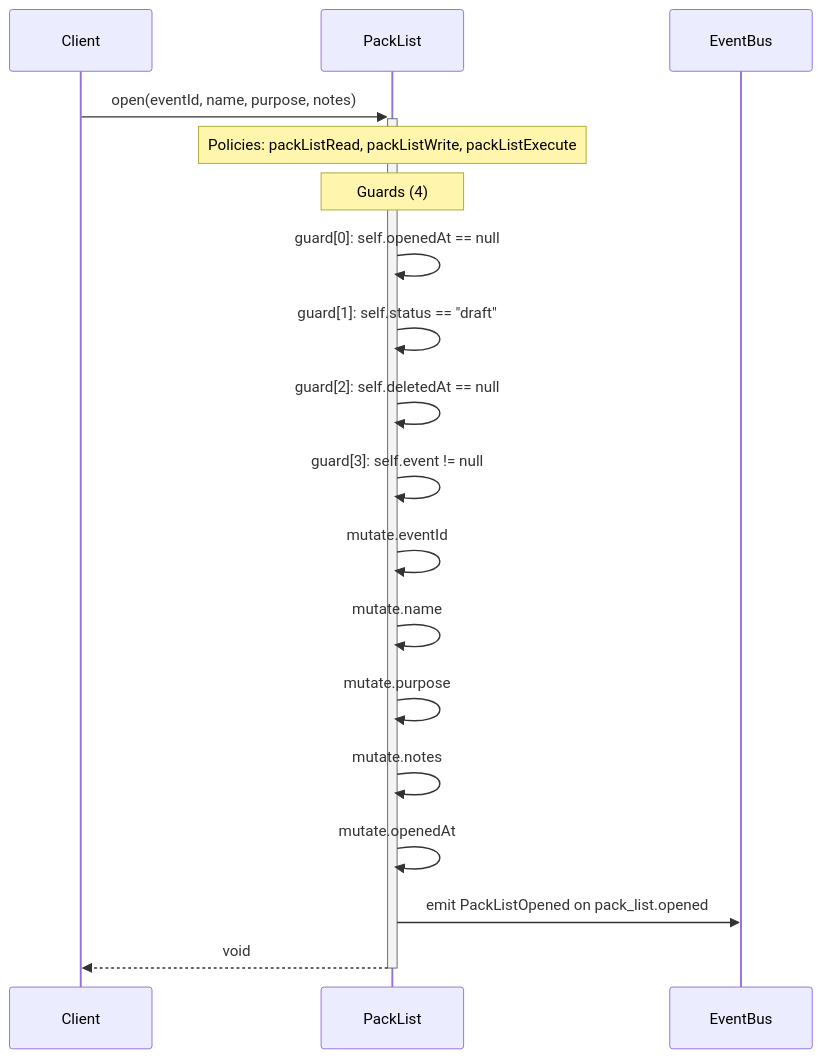
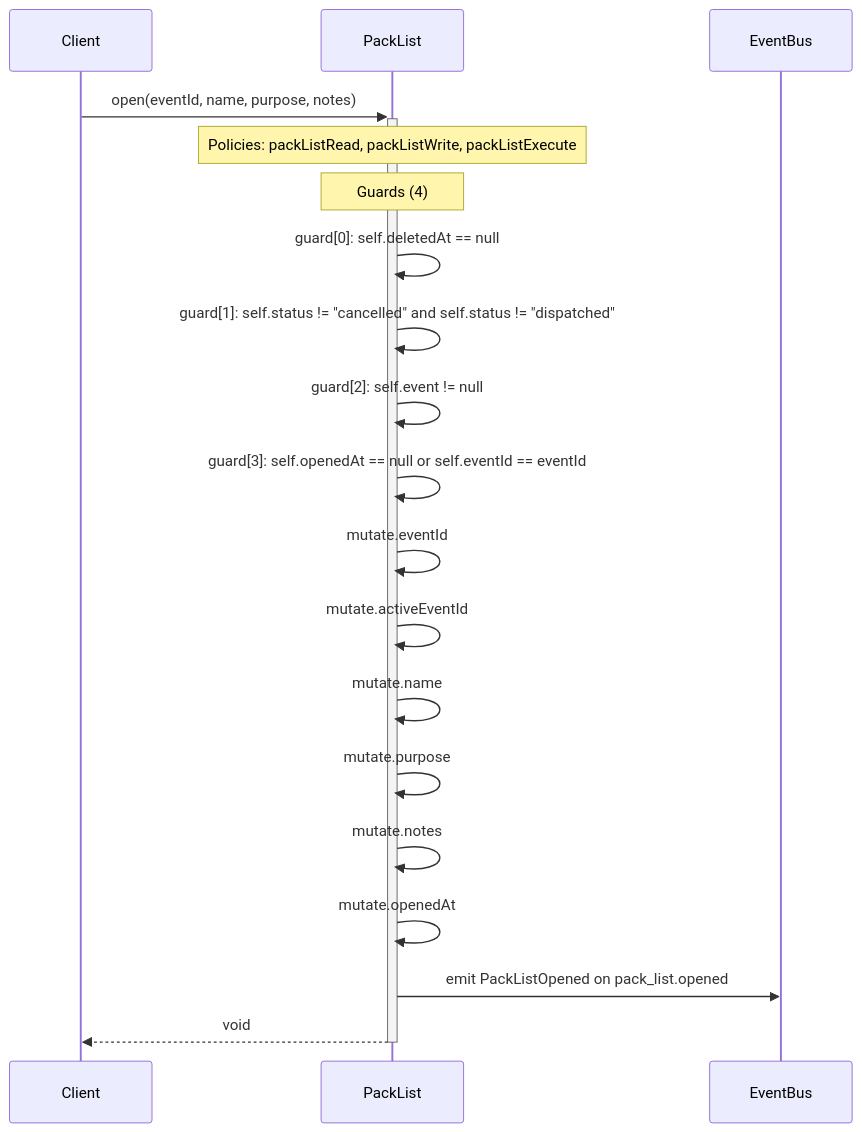
One commit to Angriff36/capsule changed the diagram in diagrams/sequence-PackList-open.mmd. Above: the diagram before and after it, drawn with Mermaid. The commit also changed 15 other files, not shown here.

```diff
--- a/diagrams/sequence-PackList-open.mmd
+++ b/diagrams/sequence-PackList-open.mmd
@@ -1,18 +1,19 @@
 sequenceDiagram
     participant Client
     participant PackList as PackList
     participant EventBus
     Client->>+PackList: open(eventId, name, purpose, notes)
     Note over PackList: Policies: packListRead, packListWrite, packListExecute
     Note over PackList: Guards (4)
-    PackList->>PackList: guard[0]: self.openedAt == null
-    PackList->>PackList: guard[1]: self.status == #quot;draft#quot;
-    PackList->>PackList: guard[2]: self.deletedAt == null
-    PackList->>PackList: guard[3]: self.event != null
+    PackList->>PackList: guard[0]: self.deletedAt == null
+    PackList->>PackList: guard[1]: self.status != #quot;cancelled#quot; and self.status != #quot;dispatched#quot;
+    PackList->>PackList: guard[2]: self.event != null
+    PackList->>PackList: guard[3]: self.openedAt == null or self.eventId == eventId
     PackList->>PackList: mutate.eventId
+    PackList->>PackList: mutate.activeEventId
     PackList->>PackList: mutate.name
     PackList->>PackList: mutate.purpose
     PackList->>PackList: mutate.notes
     PackList->>PackList: mutate.openedAt
     PackList->>EventBus: emit PackListOpened on pack_list.opened
     PackList-->>-Client: void
```
